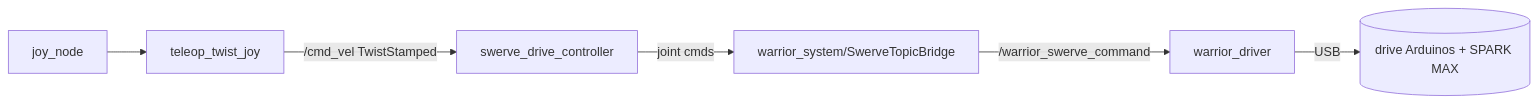
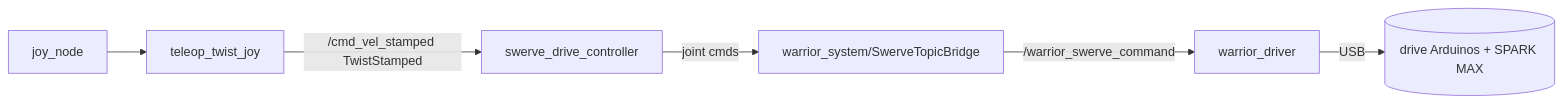
One commit to waynerobotics/Warrior_2026 changed the second of 2 diagrams in warrior_bringup/README.md. Above: the diagram before and after it, drawn with Mermaid. The commit also changed other lines of this file and 31 other files, not shown here.

````diff
--- a/warrior_bringup/README.md
+++ b/warrior_bringup/README.md
@@ -61,8 +129,8 @@
 ```mermaid
 flowchart LR
     JOY[joy_node] --> TEL[teleop_twist_joy]
-    TEL -->|/cmd_vel TwistStamped| CTRL[swerve_drive_controller]
+    TEL -->|/cmd_vel_stamped TwistStamped| CTRL[swerve_drive_controller]
     CTRL -->|joint cmds| BR[warrior_system/SwerveTopicBridge]
     BR -->|/warrior_swerve_command| DRV[warrior_driver]
     DRV -->|USB| HW[(drive Arduinos + SPARK MAX)]
 ```
````
